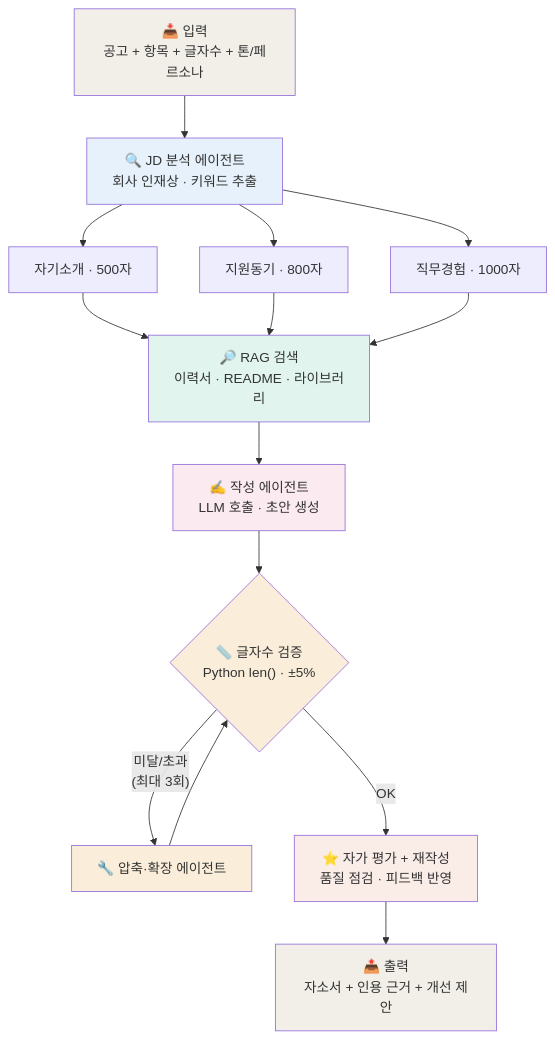
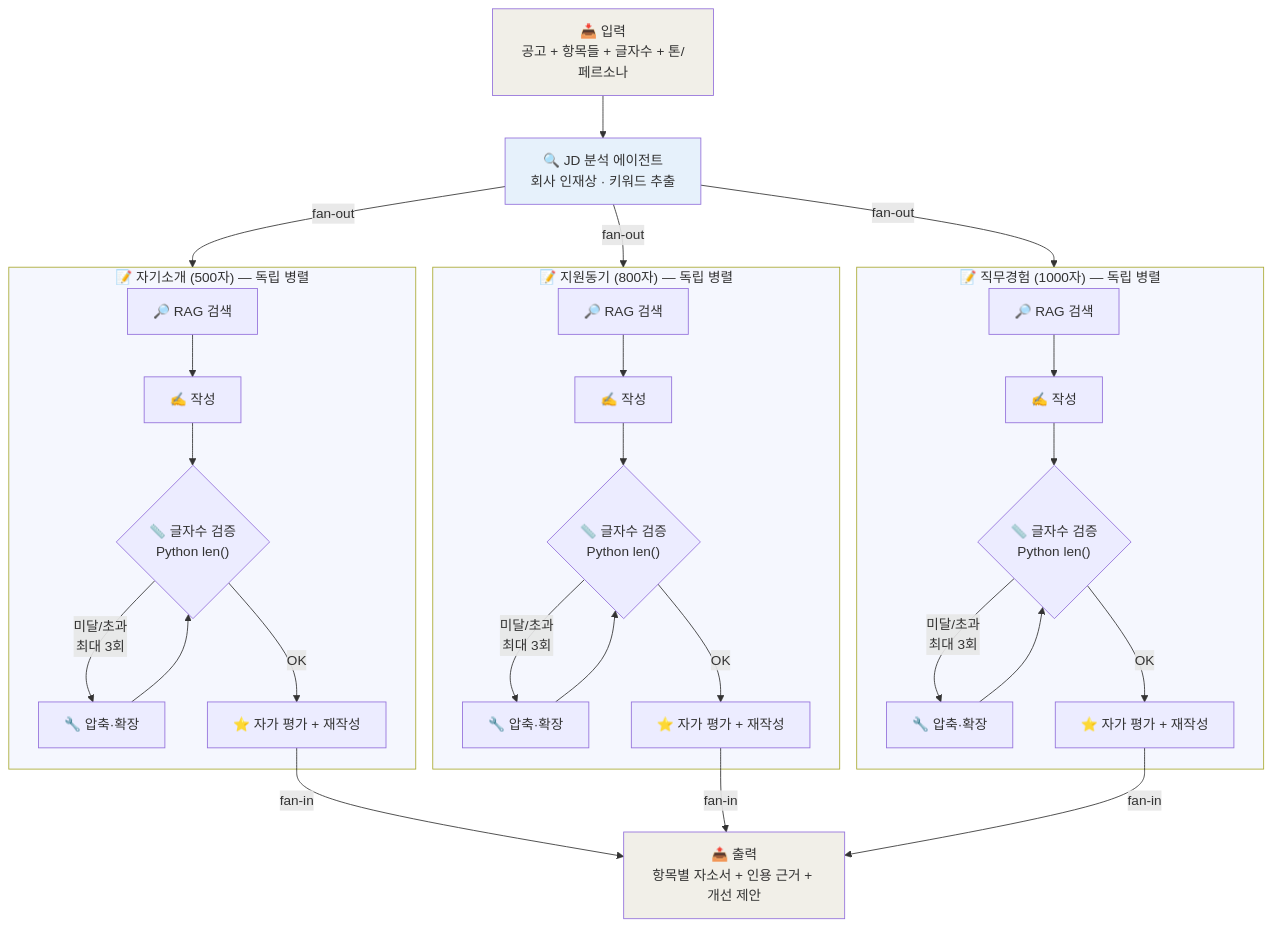
The second of 3 diagrams in docs/architecture.md (chakihwan/HireAgent), drawn with Mermaid before and after one commit. The commit also changed other lines of this file and 9 other files, not shown here.

First line of the commit message:
docs+chore: architecture review fixes + utils for char/crypto

````diff
--- a/docs/architecture.md
+++ b/docs/architecture.md
@@ -60,41 +66,49 @@
 ```mermaid
 flowchart TD
-    Input["📥 입력<br/>공고 + 항목 + 글자수 + 톤/페르소나"]
-    
+    Input["📥 입력<br/>공고 + 항목들 + 글자수 + 톤/페르소나"]
+
     JD["🔍 JD 분석 에이전트<br/>회사 인재상 · 키워드 추출"]
-    
+
     Input --> JD
-    
-    JD --> Item1["자기소개 · 500자"]
-    JD --> Item2["지원동기 · 800자"]
-    JD --> Item3["직무경험 · 1000자"]
-    
-    Item1 --> RAG
-    Item2 --> RAG
-    Item3 --> RAG
-    
-    RAG["🔎 RAG 검색<br/>이력서 · README · 라이브러리"]
-    
-    RAG --> Writer["✍️ 작성 에이전트<br/>LLM 호출 · 초안 생성"]
-    
-    Writer --> Validate{"📏 글자수 검증<br/>Python len() · ±5%"}
-    
-    Validate -->|"미달/초과<br/>(최대 3회)"| Compress["🔧 압축·확장 에이전트"]
-    Compress --> Validate
-    
-    Validate -->|"OK"| Eval["⭐ 자가 평가 + 재작성<br/>품질 점검 · 피드백 반영"]
-    
-    Eval --> Output["📤 출력<br/>자소서 + 인용 근거 + 개선 제안"]
-    
+
+    JD -->|fan-out| Branch1
+    JD -->|fan-out| Branch2
+    JD -->|fan-out| Branch3
+
+    subgraph Branch1["📝 자기소개 (500자) — 독립 병렬"]
+        R1["🔎 RAG 검색"] --> W1["✍️ 작성"]
+        W1 --> V1{"📏 글자수 검증<br/>Python len()"}
+        V1 -->|미달/초과<br/>최대 3회| C1["🔧 압축·확장"]
+        C1 --> V1
+        V1 -->|OK| E1["⭐ 자가 평가 + 재작성"]
+    end
+
+    subgraph Branch2["📝 지원동기 (800자) — 독립 병렬"]
+        R2["🔎 RAG 검색"] --> W2["✍️ 작성"]
+        W2 --> V2{"📏 글자수 검증<br/>Python len()"}
+        V2 -->|미달/초과<br/>최대 3회| C2["🔧 압축·확장"]
+        C2 --> V2
+        V2 -->|OK| E2["⭐ 자가 평가 + 재작성"]
+    end
+
+    subgraph Branch3["📝 직무경험 (1000자) — 독립 병렬"]
+        R3["🔎 RAG 검색"] --> W3["✍️ 작성"]
+        W3 --> V3{"📏 글자수 검증<br/>Python len()"}
+        V3 -->|미달/초과<br/>최대 3회| C3["🔧 압축·확장"]
+        C3 --> V3
+        V3 -->|OK| E3["⭐ 자가 평가 + 재작성"]
+    end
+
+    E1 -->|fan-in| Output
+    E2 -->|fan-in| Output
+    E3 -->|fan-in| Output
+
+    Output["📤 출력<br/>항목별 자소서 + 인용 근거 + 개선 제안"]
+
     style Input fill:#F1EFE8
     style Output fill:#F1EFE8
     style JD fill:#E6F1FB
-    style RAG fill:#E1F5EE
-    style Writer fill:#FBEAF0
-    style Validate fill:#FAEEDA
-    style Compress fill:#FAEEDA
-    style Eval fill:#FAECE7
-    style Item1 fill:#EEEDFE
-    style Item2 fill:#EEEDFE
-    style Item3 fill:#EEEDFE
+    style Branch1 fill:#F5F7FE
+    style Branch2 fill:#F5F7FE
+    style Branch3 fill:#F5F7FE
 ```
````
